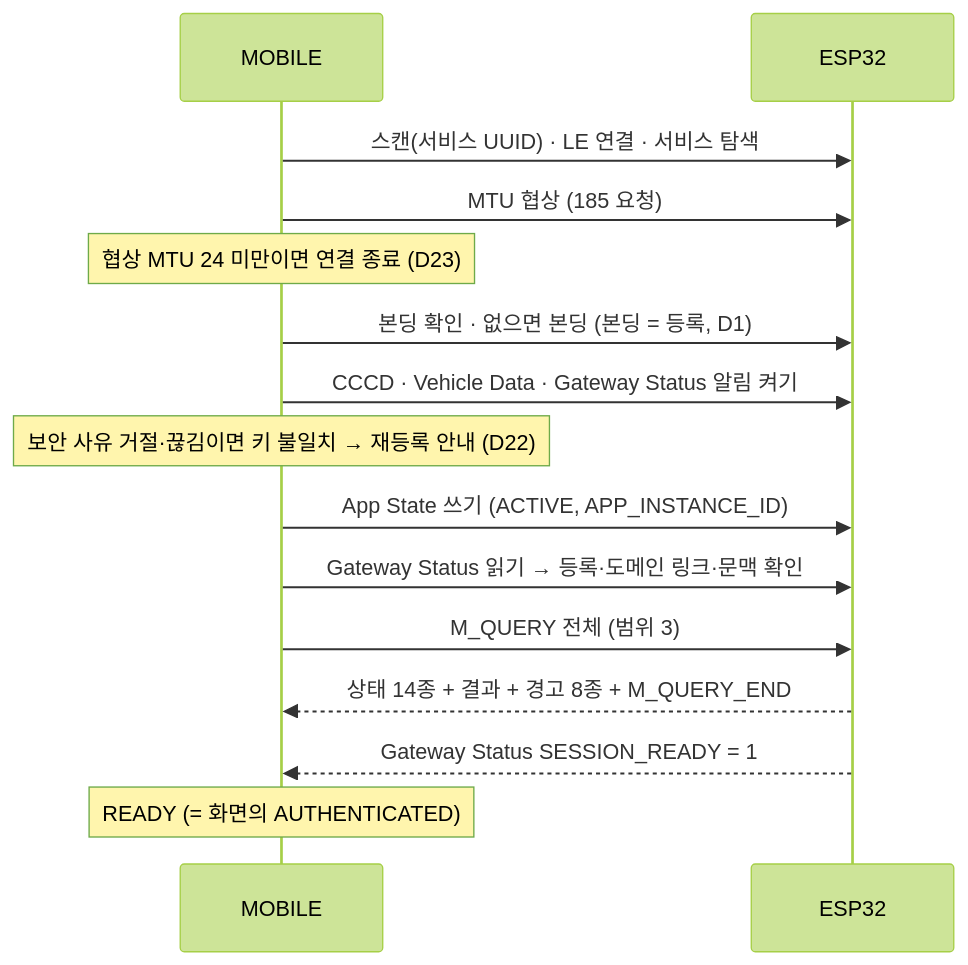
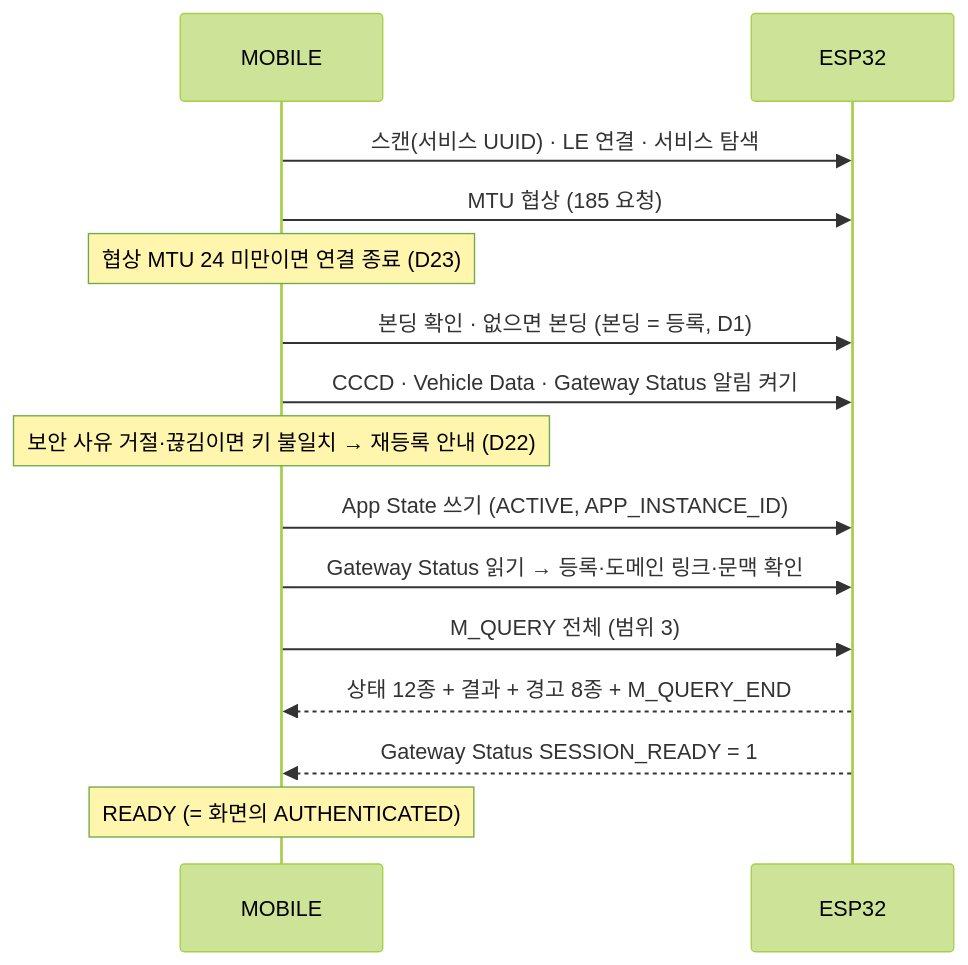
The fourth of 6 diagrams in docs/architecture/MOBILE_sw_architecture.md (vehicle-domain-control-system/integrated-vehicle-control), drawn with Mermaid (forest theme) before and after one commit. The commit also changed other lines of this file and 159 other files, not shown here.

````diff
--- a/docs/architecture/MOBILE_sw_architecture.md
+++ b/docs/architecture/MOBILE_sw_architecture.md
@@ -133,17 +133,17 @@
 ```mermaid
 sequenceDiagram
   participant A as MOBILE
   participant E as ESP32
   A->>E: 스캔(서비스 UUID) · LE 연결 · 서비스 탐색
   A->>E: MTU 협상 (185 요청)
   Note over A: 협상 MTU 24 미만이면 연결 종료 (D23)
   A->>E: 본딩 확인 · 없으면 본딩 (본딩 = 등록, D1)
   A->>E: CCCD · Vehicle Data · Gateway Status 알림 켜기
   Note over A: 보안 사유 거절·끊김이면 키 불일치 → 재등록 안내 (D22)
   A->>E: App State 쓰기 (ACTIVE, APP_INSTANCE_ID)
   A->>E: Gateway Status 읽기 → 등록·도메인 링크·문맥 확인
   A->>E: M_QUERY 전체 (범위 3)
-  E-->>A: 상태 14종 + 결과 + 경고 8종 + M_QUERY_END
+  E-->>A: 상태 12종 + 결과 + 경고 8종 + M_QUERY_END
   E-->>A: Gateway Status SESSION_READY = 1
   Note over A: READY (= 화면의 AUTHENTICATED)
 ```
````
